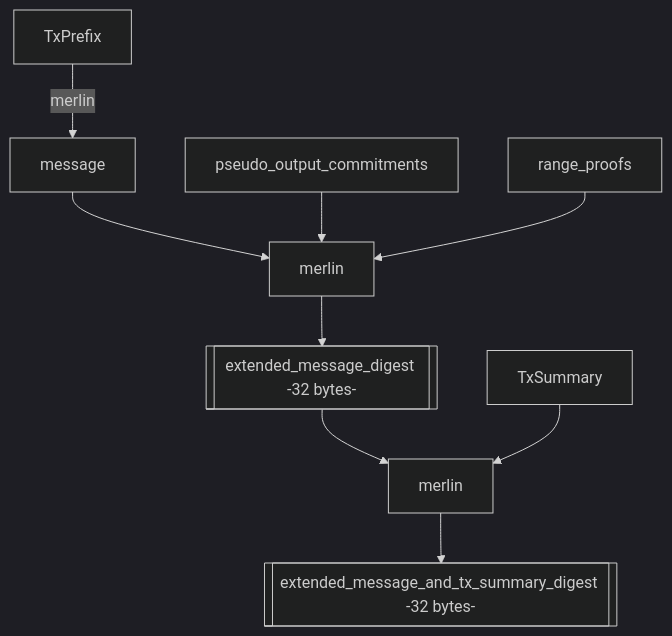
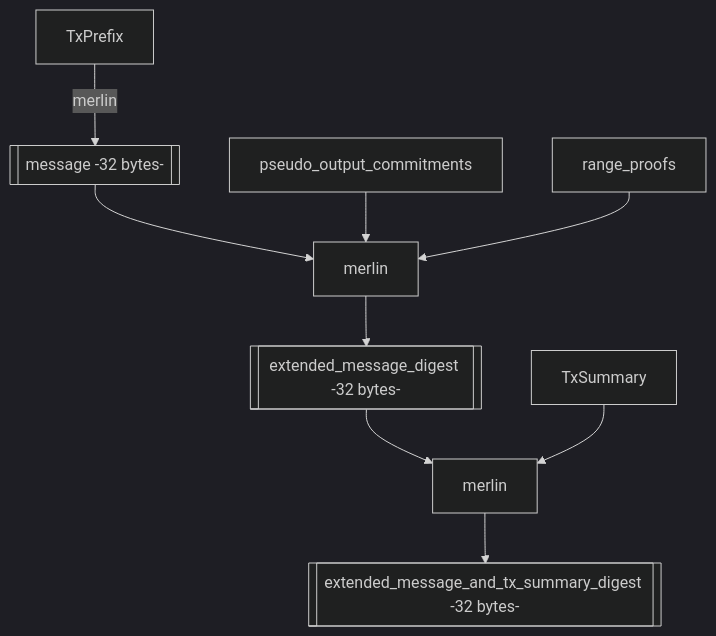
Before and after one commit to mobilecoinfoundation/mcips: the third of 5 diagrams in text/0052-tx-summary-digest.md, drawn with Mermaid (dark theme). The commit also changed other lines of this file, not shown here.

Commit message:
improve mermaid annotations

````diff
--- a/text/0052-tx-summary-digest.md
+++ b/text/0052-tx-summary-digest.md
@@ -115,12 +115,12 @@
 ```mermaid
 graph TB
-A[TxPrefix] -->|merlin| B[message]
+A[TxPrefix] -->|merlin| B[[message -32 bytes-]]
 B --> M
 C[pseudo_output_commitments] --> M
 D[range_proofs] --> M
 M[merlin] --> N
 N[[extended_message_digest -32 bytes-]] --> P
 O[TxSummary] --> P
 P[merlin] --> Q
 Q[[extended_message_and_tx_summary_digest -32 bytes-]]
 ```
````
